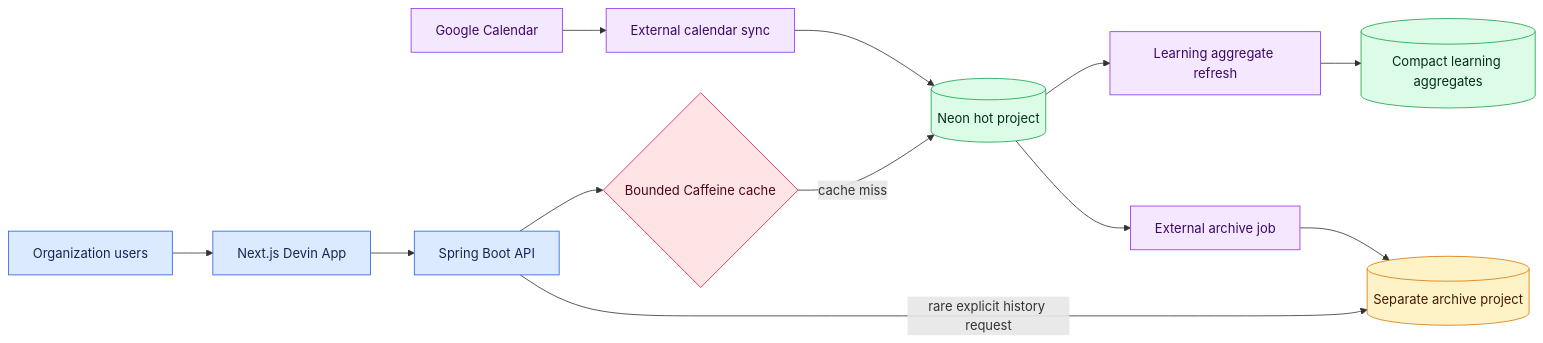
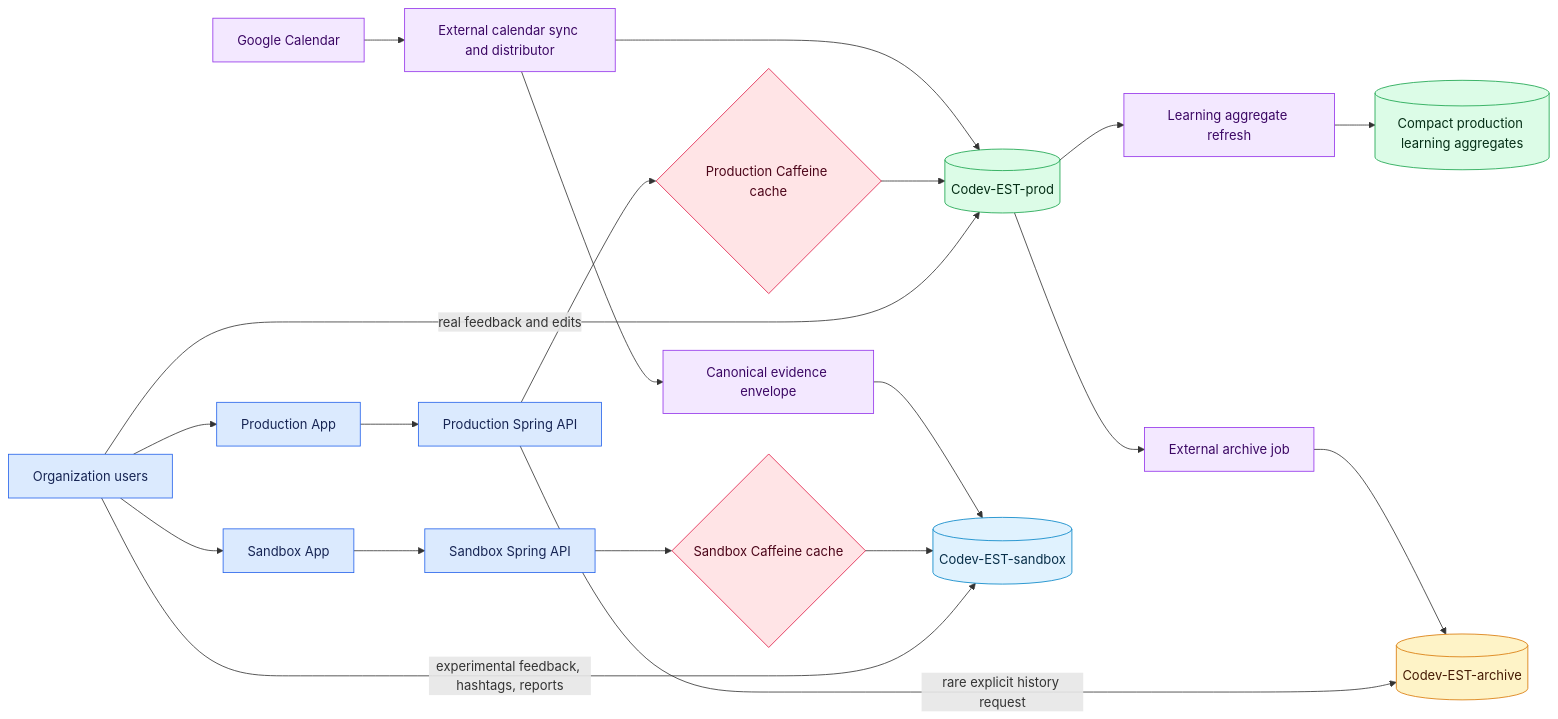
Before and after one commit to praveen-codev/EST: the diagram in PLAN.md, drawn with Mermaid. The commit also changed other lines of this file and 31 other files, not shown here.

Commit message:
feat(neon): add production sandbox and archive tracks

````diff
--- a/PLAN.md
+++ b/PLAN.md
@@ -64,31 +81,46 @@
 ```mermaid
 flowchart LR
-    U[Organization users] --> W[Next.js Devin App]
-    W --> A[Spring Boot API]
+    U[Organization users]
+    G[Google Calendar]
 
-    G[Google Calendar] --> S[External calendar sync]
-    S --> H[(Neon hot project)]
+    U --> PW[Production App]
+    U --> SW[Sandbox App]
 
-    A --> C{Bounded Caffeine cache}
-    C -->|cache miss| H
+    PW --> PA[Production Spring API]
+    SW --> SA[Sandbox Spring API]
 
-    H --> L[Learning aggregate refresh]
-    L --> F[(Compact learning aggregates)]
+    G --> SY[External calendar sync and distributor]
+    SY --> P[(Codev-EST-prod)]
+    SY --> X[Canonical evidence envelope]
+    X --> S[(Codev-EST-sandbox)]
 
-    H --> J[External archive job]
-    J --> R[(Separate archive project)]
+    PA --> PC{Production Caffeine cache}
+    PC --> P
+    SA --> SC{Sandbox Caffeine cache}
+    SC --> S
 
-    A -->|rare explicit history request| R
+    U -->|real feedback and edits| P
+    U -->|experimental feedback, hashtags, reports| S
+
+    P --> L[Learning aggregate refresh]
+    L --> F[(Compact production learning aggregates)]
+
+    P --> J[External archive job]
+    J --> R[(Codev-EST-archive)]
+
+    PA -->|rare explicit history request| R
 
     classDef app fill:#dbeafe,stroke:#2563eb,color:#172554;
-    classDef hot fill:#dcfce7,stroke:#16a34a,color:#052e16;
+    classDef prod fill:#dcfce7,stroke:#16a34a,color:#052e16;
+    classDef sandbox fill:#e0f2fe,stroke:#0284c7,color:#082f49;
     classDef archive fill:#fef3c7,stroke:#d97706,color:#451a03;
     classDef automation fill:#f3e8ff,stroke:#9333ea,color:#3b0764;
     classDef cache fill:#ffe4e6,stroke:#e11d48,color:#4c0519;
 
-    class U,W,A app;
-    class H,F hot;
+    class U,PW,SW,PA,SA app;
+    class P,F prod;
+    class S sandbox;
     class R archive;
-    class G,S,J,L automation;
-    class C cache;
+    class G,SY,X,J,L automation;
+    class PC,SC cache;
 ```
````
